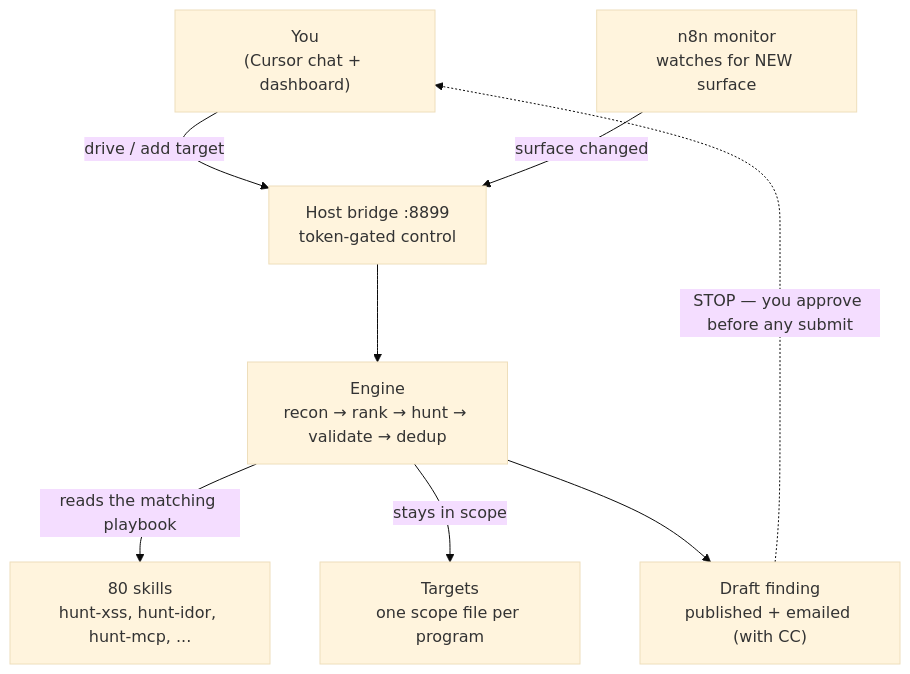
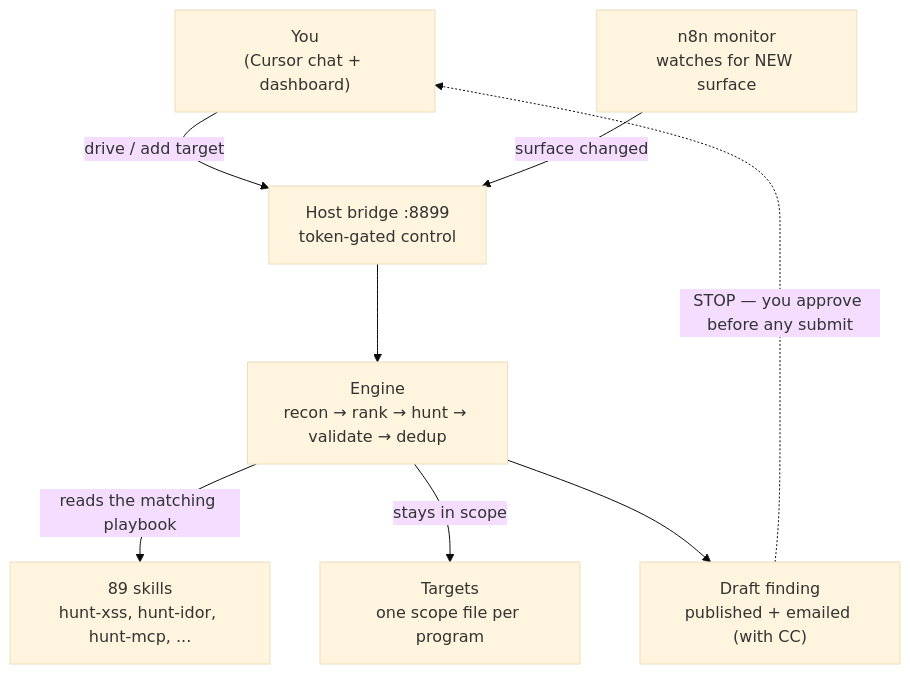
One commit to Mahmoud-Fawzi-Fayed/0xray-hunt-harness changed the first of 3 diagrams in README.md. Above: the diagram before and after it, drawn with Mermaid (base theme). The commit also changed other lines of this file and 11 other files, not shown here.

````diff
--- a/README.md
+++ b/README.md
@@ -33,18 +33,18 @@
 ```mermaid
 flowchart TB
     U["You<br/>(Cursor chat + dashboard)"]
     N["n8n monitor<br/>watches for NEW surface"]
     BR["Host bridge :8899<br/>token-gated control"]
     EN["Engine<br/>recon → rank → hunt → validate → dedup"]
-    SK["80 skills<br/>hunt-xss, hunt-idor, hunt-mcp, ..."]
+    SK["89 skills<br/>hunt-xss, hunt-idor, hunt-mcp, ..."]
     TG["Targets<br/>one scope file per program"]
     OUT["Draft finding<br/>published + emailed (with CC)"]
 
     U -->|drive / add target| BR
     N -->|surface changed| BR
     BR --> EN
     EN -->|reads the matching playbook| SK
     EN -->|stays in scope| TG
     EN --> OUT
     OUT -.->|STOP — you approve before any submit| U
 ```
````
